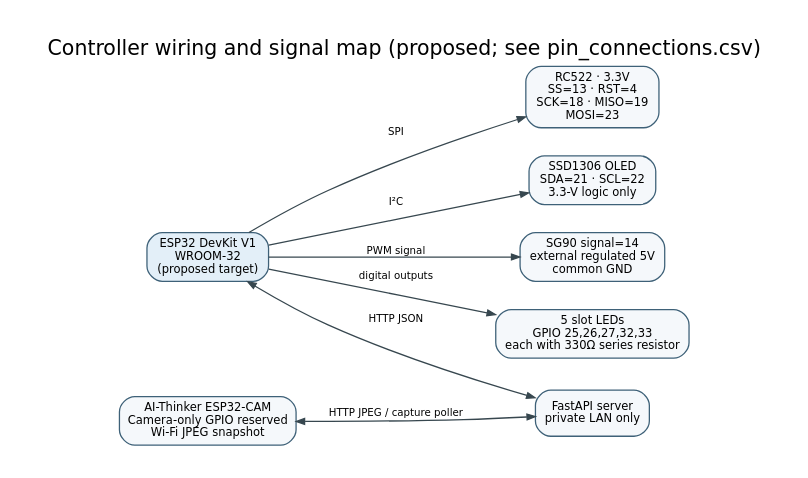
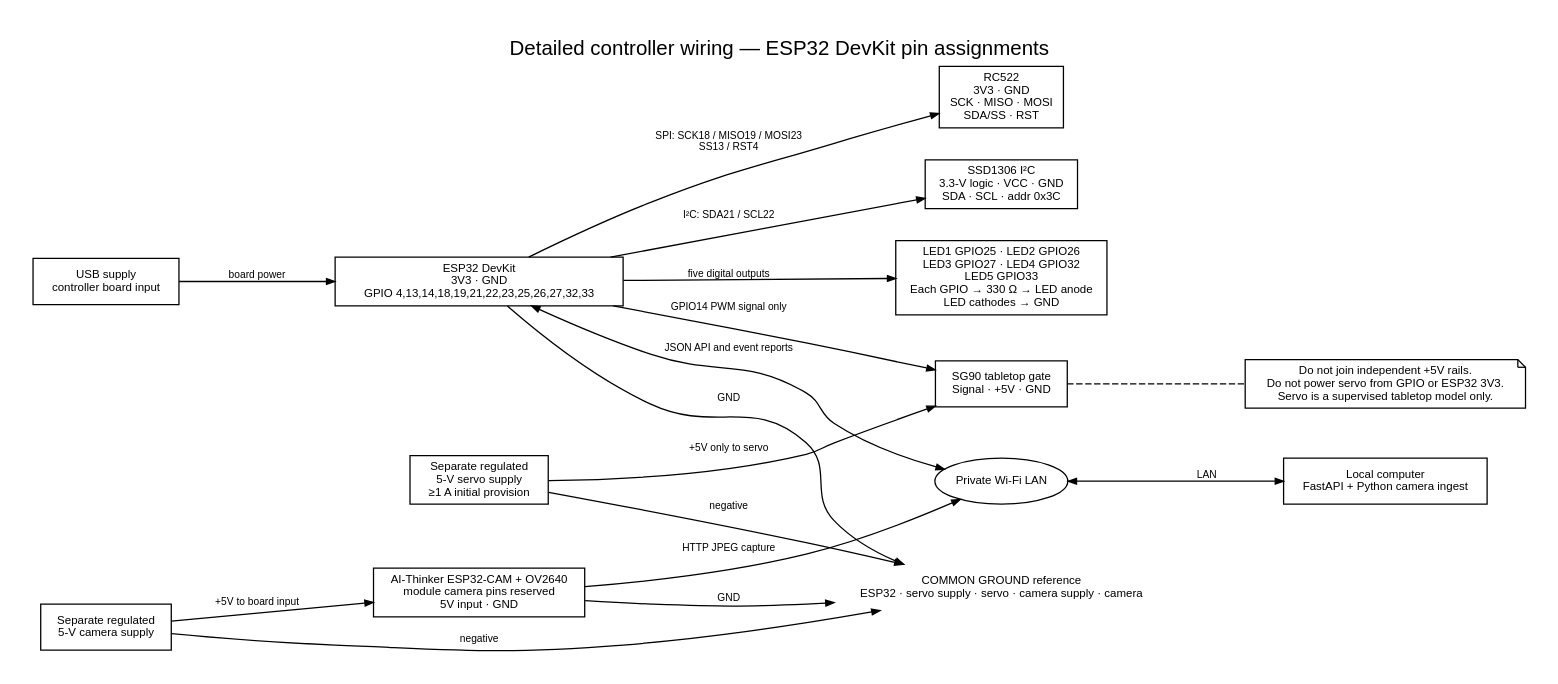
One commit to dumbly-smart/smart-parking changed the diagram in docs/hardware/wiring_diagram.dot. Above: the diagram before and after it, drawn with Graphviz. The commit also changed 95 other files, not shown here.

```diff
--- a/docs/hardware/wiring_diagram.dot
+++ b/docs/hardware/wiring_diagram.dot
@@ -1,18 +1,33 @@
 digraph wiring {
-  graph [rankdir=LR, bgcolor="white", pad="0.25", nodesep="0.3", ranksep="0.7", fontname="DejaVu Sans", labelloc="t", label="Controller wiring and signal map (proposed; see pin_connections.csv)", fontsize=16];
-  node [shape=box, style="rounded,filled", fillcolor="#f5f8fb", color="#3e6178", fontname="DejaVu Sans", fontsize=9, margin="0.1,0.06"];
-  edge [fontname="DejaVu Sans", fontsize=8, color="#37474f", arrowsize=0.65];
-  esp [label="ESP32 DevKit V1\nWROOM-32\n(proposed target)", fillcolor="#e3eff8"];
-  rfid [label="RC522 · 3.3V\nSS=13 · RST=4\nSCK=18 · MISO=19\nMOSI=23"];
-  oled [label="SSD1306 OLED\nSDA=21 · SCL=22\n3.3-V logic only"];
-  servo [label="SG90 signal=14\nexternal regulated 5V\ncommon GND"];
-  cam [label="AI-Thinker ESP32-CAM\nCamera-only GPIO reserved\nWi-Fi JPEG snapshot"];
-  led [label="5 slot LEDs\nGPIO 25,26,27,32,33\neach with 330Ω series resistor"];
-  server [label="FastAPI server\nprivate LAN only"];
-  esp -> rfid [label="SPI"];
-  esp -> oled [label="I²C"];
-  esp -> servo [label="PWM signal"];
-  esp -> led [label="digital outputs"];
-  esp -> server [dir=both, label="HTTP JSON"];
-  cam -> server [dir=both, label="HTTP JPEG / capture poller"];
+  graph [rankdir=LR, bgcolor=white, pad=0.25, nodesep=0.35, ranksep=0.6, fontname="Helvetica", labelloc=t, label="Detailed controller wiring — ESP32 DevKit pin assignments", fontsize=16];
+  node [shape=box, style=solid, color=black, fontcolor=black, fontname="Helvetica", fontsize=9, margin="0.10,0.06", penwidth=1];
+  edge [color=black, fontcolor=black, fontname="Helvetica", fontsize=8, arrowsize=0.65, penwidth=1];
+  esp [label="ESP32 DevKit\n3V3 · GND\nGPIO 4,13,14,18,19,21,22,23,25,26,27,32,33"];
+  rfid [label="RC522\n3V3 · GND\nSCK · MISO · MOSI\nSDA/SS · RST"];
+  oled [label="SSD1306 I²C\n3.3-V logic · VCC · GND\nSDA · SCL · addr 0x3C"];
+  servo [label="SG90 tabletop gate\nSignal · +5V · GND"];
+  servosupply [label="Separate regulated\n5-V servo supply\n≥1 A initial provision"];
+  leds [label="LED1 GPIO25 · LED2 GPIO26\nLED3 GPIO27 · LED4 GPIO32\nLED5 GPIO33\nEach GPIO → 330 Ω → LED anode\nLED cathodes → GND"];
+  ground [shape=plaintext, label="COMMON GROUND reference\nESP32 · servo supply · servo · camera supply · camera"];
+  usb [label="USB supply\ncontroller board input"];
+  cam [label="AI-Thinker ESP32-CAM + OV2640\nmodule camera pins reserved\n5V input · GND"];
+  camsupply [label="Separate regulated\n5-V camera supply"];
+  wifi [shape=ellipse, label="Private Wi-Fi LAN"];
+  server [label="Local computer\nFastAPI + Python camera ingest"];
+  esp -> rfid [label="SPI: SCK18 / MISO19 / MOSI23\nSS13 / RST4"];
+  esp -> oled [label="I²C: SDA21 / SCL22"];
+  esp -> servo [label="GPIO14 PWM signal only"];
+  servosupply -> servo [label="+5V only to servo"];
+  esp -> leds [label="five digital outputs"];
+  usb -> esp [label="board power"];
+  esp -> ground [label="GND"];
+  servosupply -> ground [label="negative"];
+  cam -> ground [label="GND"];
+  camsupply -> ground [label="negative"];
+  camsupply -> cam [label="+5V to board input"];
+  esp -> wifi [dir=both, label="JSON API and event reports"];
+  cam -> wifi [label="HTTP JPEG capture"];
+  wifi -> server [dir=both, label="LAN"];
+  note [shape=note, label="Do not join independent +5V rails.\nDo not power servo from GPIO or ESP32 3V3.\nServo is a supervised tabletop model only."];
+  servo -> note [style=dashed, arrowhead=none];
 }
```
